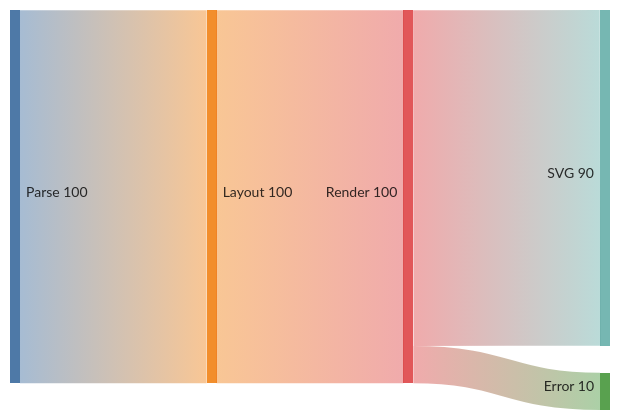
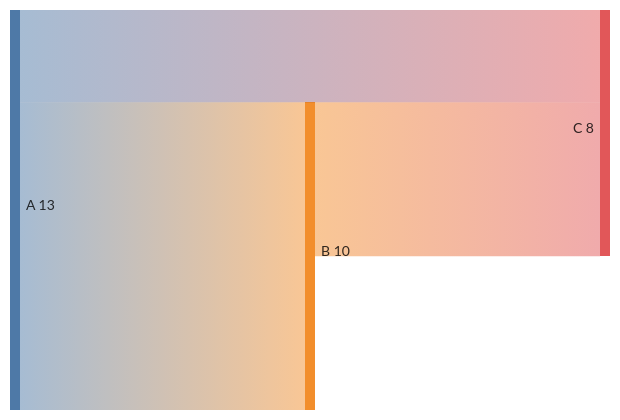
One commit to nullean/mermaider changed diagram 19 of 26 in tests/Mermaider.Tests/Fixtures/mermaid.md. Above: the diagram before and after it, drawn with Mermaid. The commit also changed other lines of this file, not shown here.

Commit message:
Reword mermaid.md fixture prose for Mermaider; keep all diagram content intact

````diff
--- a/tests/Mermaider.Tests/Fixtures/mermaid.md
+++ b/tests/Mermaider.Tests/Fixtures/mermaid.md
@@ -272,7 +259,6 @@
 ```mermaid
 sankey-beta
-    Parse, Layout, 100
-    Layout, Render, 100
-    Render, SVG, 90
-    Render, Error, 10
+    A, B, 10
+    B, C, 5
+    A, C, 3
 ```
````
